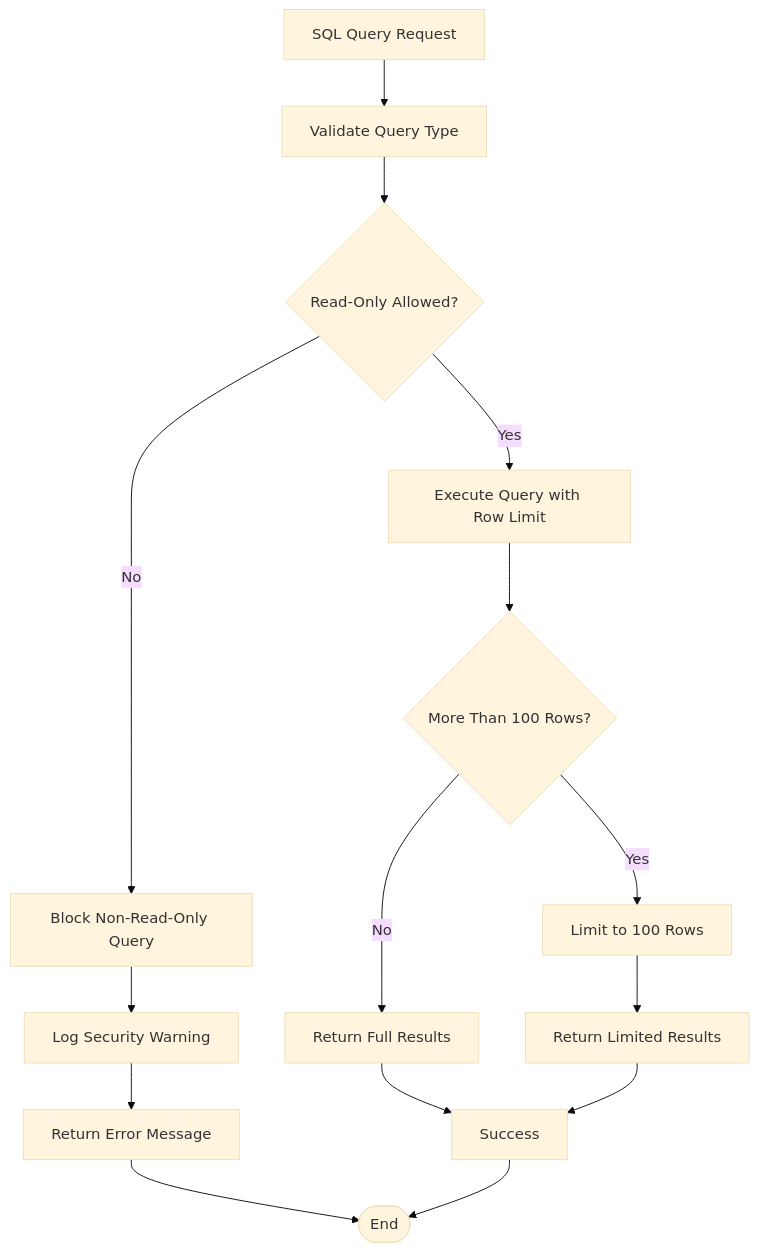
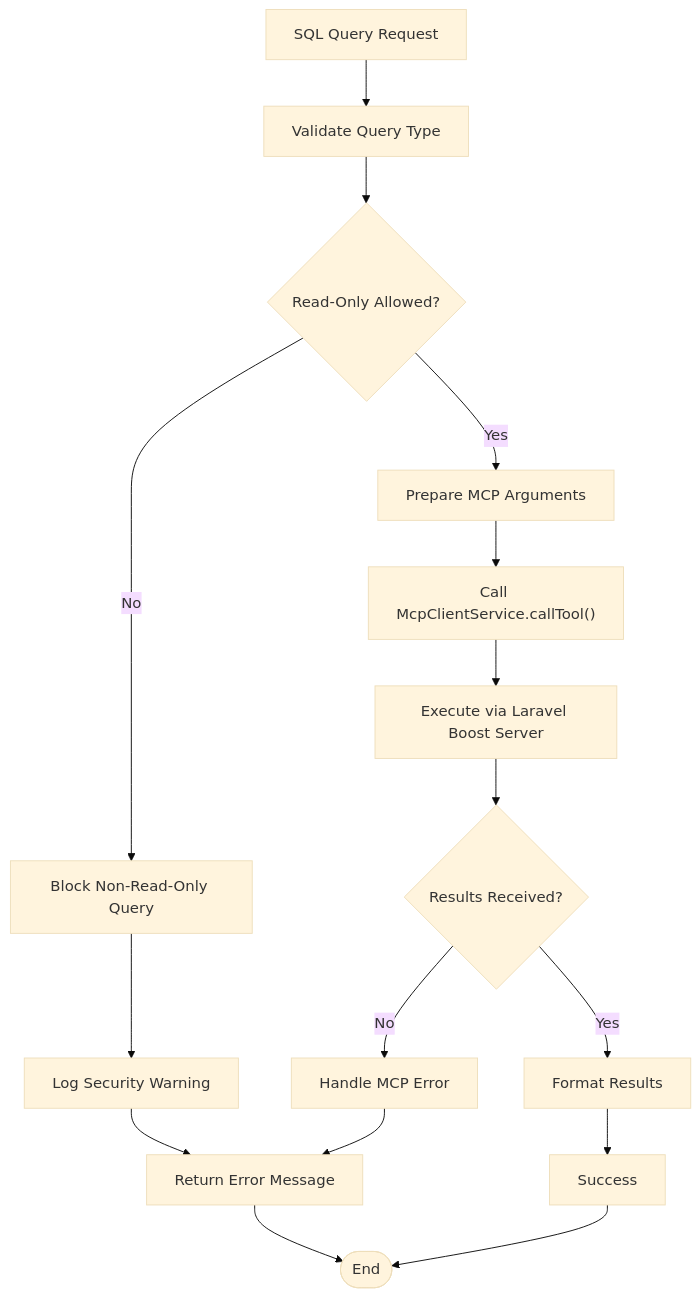
The fifth of 20 diagrams in .qoder/repowiki/en/content/AI Integration System/Agent System/DevBot AI Agent System.md (siimliimand/laravel-assistant), drawn with Mermaid (base theme) before and after one commit. The commit also changed other lines of this file and 7 other files, not shown here.

First line of the commit message:
feat(mcp-client): integrate MCP protocol client service for DevBot AI agent tools

````diff
--- a/.qoder/repowiki/en/content/AI Integration System/Agent System/DevBot AI Agent System.md
+++ b/.qoder/repowiki/en/content/AI Integration System/Agent System/DevBot AI Agent System.md
@@ -263,17 +286,18 @@
 ```mermaid
 flowchart TD
 QueryRequest["SQL Query Request"] --> ValidateQuery["Validate Query Type"]
 ValidateQuery --> CheckReadOnly{"Read-Only Allowed?"}
 CheckReadOnly --> |No| BlockQuery["Block Non-Read-Only Query"]
-CheckReadOnly --> |Yes| ExecuteQuery["Execute Query with Row Limit"]
-ExecuteQuery --> CheckResults{"More Than 100 Rows?"}
-CheckResults --> |Yes| LimitResults["Limit to 100 Rows"]
-CheckResults --> |No| ReturnResults["Return Full Results"]
+CheckReadOnly --> |Yes| PrepareArgs["Prepare MCP Arguments"]
+PrepareArgs --> CallMCP["Call McpClientService.callTool()"]
+CallMCP --> ExecuteQuery["Execute via Laravel Boost Server"]
+ExecuteQuery --> CheckResults{"Results Received?"}
+CheckResults --> |Yes| FormatResults["Format Results"]
+CheckResults --> |No| HandleError["Handle MCP Error"]
 BlockQuery --> LogWarning["Log Security Warning"]
 LogWarning --> ReturnError["Return Error Message"]
-LimitResults --> ReturnLimited["Return Limited Results"]
-ReturnResults --> Success["Success"]
-ReturnLimited --> Success
+FormatResults --> Success["Success"]
+HandleError --> ReturnError
 ReturnError --> End([End])
 Success --> End
 ```
````
